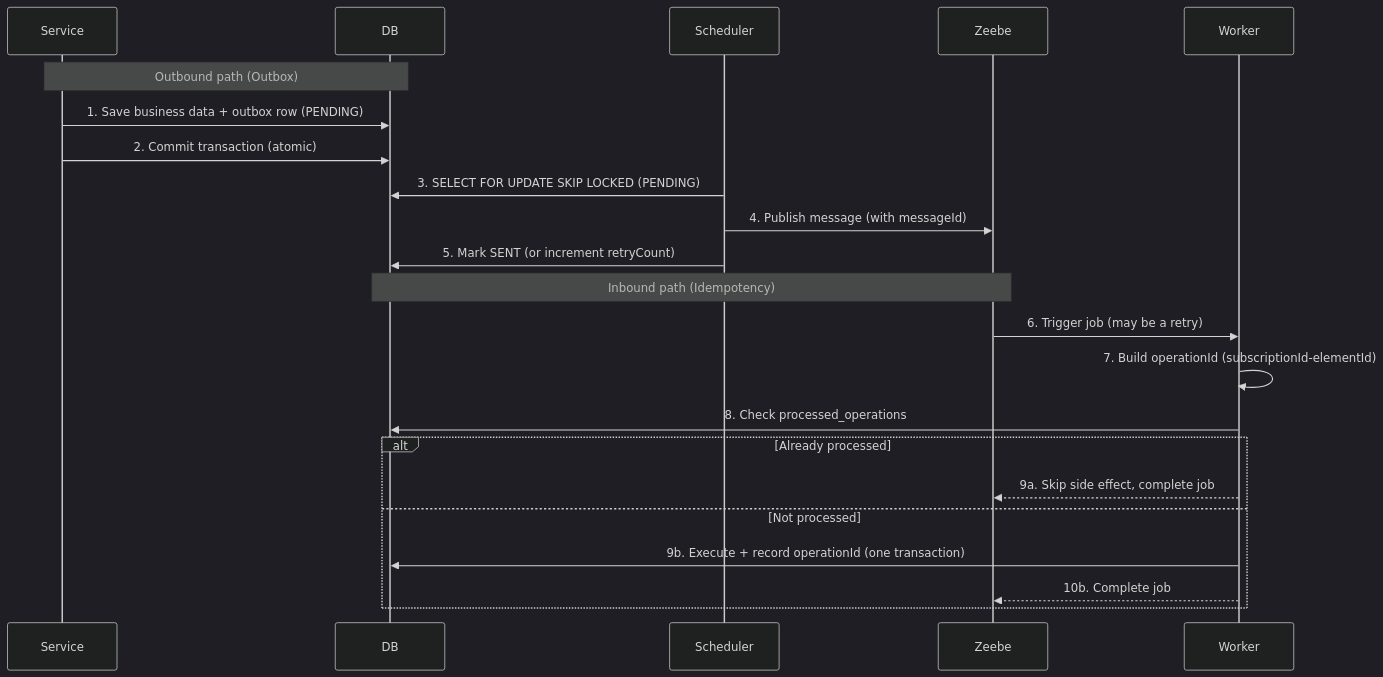
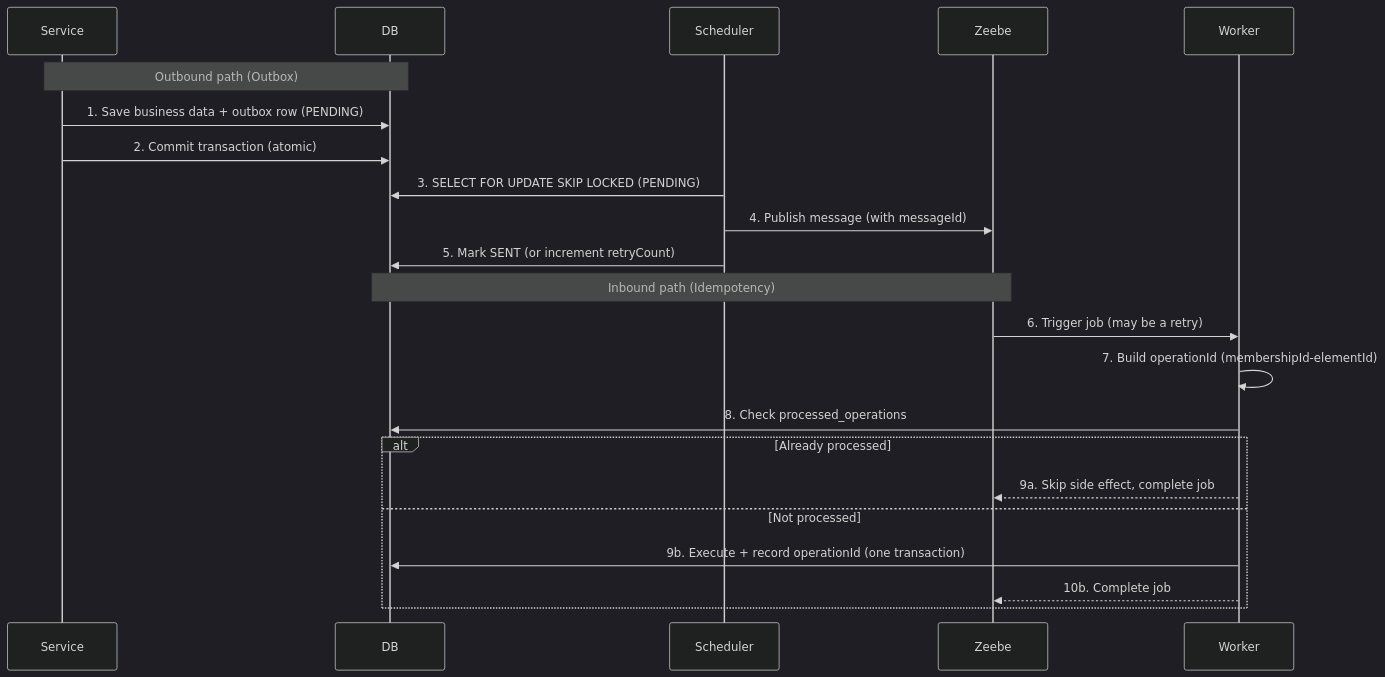
Before and after one commit to emaarco/distributed-horcruxes: the diagram in examples/combined-pattern/README.md, drawn with Mermaid (dark theme). The commit also changed other lines of this file and 512 other files, not shown here.

````diff
--- a/examples/combined-pattern/README.md
+++ b/examples/combined-pattern/README.md
@@ -138,26 +138,26 @@
 ```mermaid
 sequenceDiagram
     participant Service
     participant DB
     participant Scheduler
     participant Zeebe
     participant Worker
 
     Note over Service,DB: Outbound path (Outbox)
     Service ->> DB: 1. Save business data + outbox row (PENDING)
     Service ->> DB: 2. Commit transaction (atomic)
     Scheduler ->> DB: 3. SELECT FOR UPDATE SKIP LOCKED (PENDING)
     Scheduler ->> Zeebe: 4. Publish message (with messageId)
     Scheduler ->> DB: 5. Mark SENT (or increment retryCount)
 
     Note over Zeebe,DB: Inbound path (Idempotency)
     Zeebe ->> Worker: 6. Trigger job (may be a retry)
-    Worker ->> Worker: 7. Build operationId (subscriptionId-elementId)
+    Worker ->> Worker: 7. Build operationId (membershipId-elementId)
     Worker ->> DB: 8. Check processed_operations
     alt Already processed
         Worker -->> Zeebe: 9a. Skip side effect, complete job
     else Not processed
         Worker ->> DB: 9b. Execute + record operationId (one transaction)
         Worker -->> Zeebe: 10b. Complete job
     end
 ```
````
